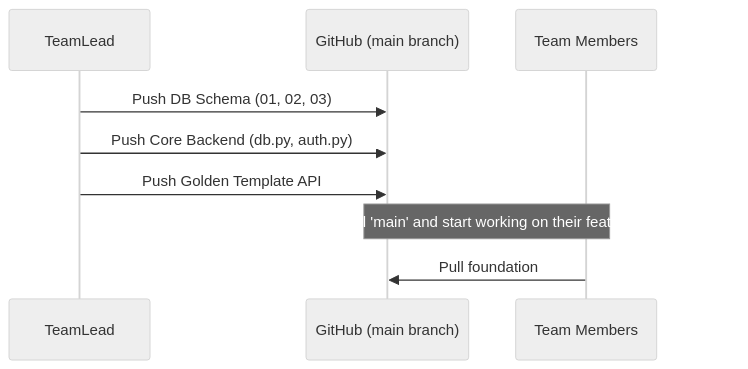
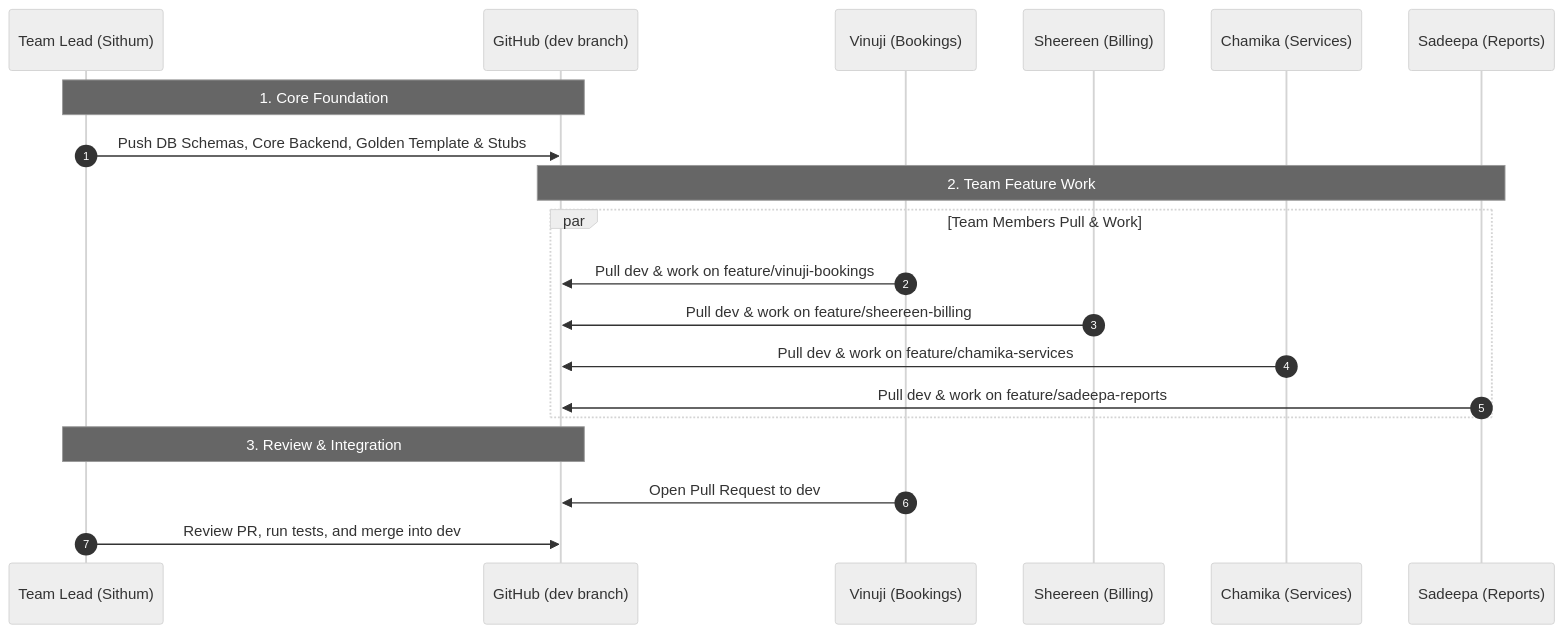
Before and after one commit to SithumDFernando/Hotel_Management_System_DB_G33: the diagram in docs/work/sithum.md, drawn with Mermaid (neutral theme). The commit also changed other lines of this file and 8 other files, not shown here.

````diff
--- a/docs/work/sithum.md
+++ b/docs/work/sithum.md
@@ -27,13 +48,25 @@
 ```mermaid
 sequenceDiagram
-    participant TeamLead
-    participant Git as GitHub (main branch)
-    participant Members as Team Members
+    autonumber
+    participant TL as Team Lead (Sithum)
+    participant Git as GitHub (dev branch)
+    participant M1 as Vinuji (Bookings)
+    participant M2 as Sheereen (Billing)
+    participant M3 as Chamika (Services)
+    participant M4 as Sadeepa (Reports)
 
-    TeamLead->>Git: Push DB Schema (01, 02, 03)
-    TeamLead->>Git: Push Core Backend (db.py, auth.py)
-    TeamLead->>Git: Push Golden Template API
-    
-    Note over Members,Git: Team members pull 'main' and start working on their features independently
-    Members->>Git: Pull foundation
+    Note over TL,Git: 1. Core Foundation
+    TL->>Git: Push DB Schemas, Core Backend, Golden Template & Stubs
+
+    Note over Git,M4: 2. Team Feature Work
+    par Team Members Pull & Work
+        M1->>Git: Pull dev & work on feature/vinuji-bookings
+        M2->>Git: Pull dev & work on feature/sheereen-billing
+        M3->>Git: Pull dev & work on feature/chamika-services
+        M4->>Git: Pull dev & work on feature/sadeepa-reports
+    end
+
+    Note over Git,TL: 3. Review & Integration
+    M1->>Git: Open Pull Request to dev
+    TL->>Git: Review PR, run tests, and merge into dev
 ```
````
